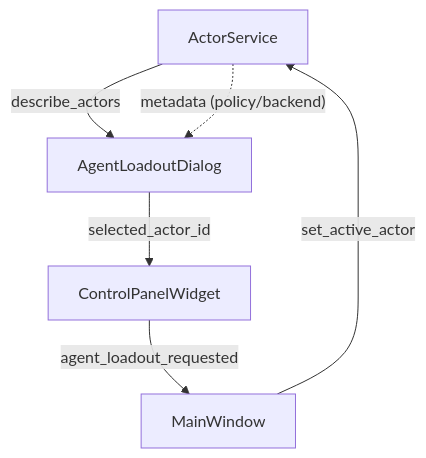
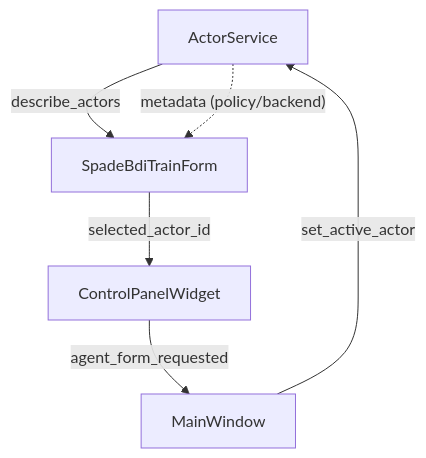
Before and after one commit to Abdulhamid97Mousa/mosaic: the diagram in docs/1.0_DAY_8/1.0_DAY_8_SPADE_BDI_AND_AGENT_LOADOUT_ROADMAP.md, drawn with Mermaid. The commit also changed other lines of this file and 72 other files, not shown here.

````diff
--- a/docs/1.0_DAY_8/1.0_DAY_8_SPADE_BDI_AND_AGENT_LOADOUT_ROADMAP.md
+++ b/docs/1.0_DAY_8/1.0_DAY_8_SPADE_BDI_AND_AGENT_LOADOUT_ROADMAP.md
@@ -33,8 +33,8 @@
 ```mermaid
 graph TD
-    A[ActorService] -- describe_actors --> B[AgentLoadoutDialog]
+    A[ActorService] -- describe_actors --> B[SpadeBdiTrainForm]
     B -- selected_actor_id --> C[ControlPanelWidget]
-    C -- agent_loadout_requested --> D[MainWindow]
+    C -- agent_form_requested --> D[MainWindow]
     D -- set_active_actor --> A
     A -. metadata (policy/backend) .-> B
 ```
````
